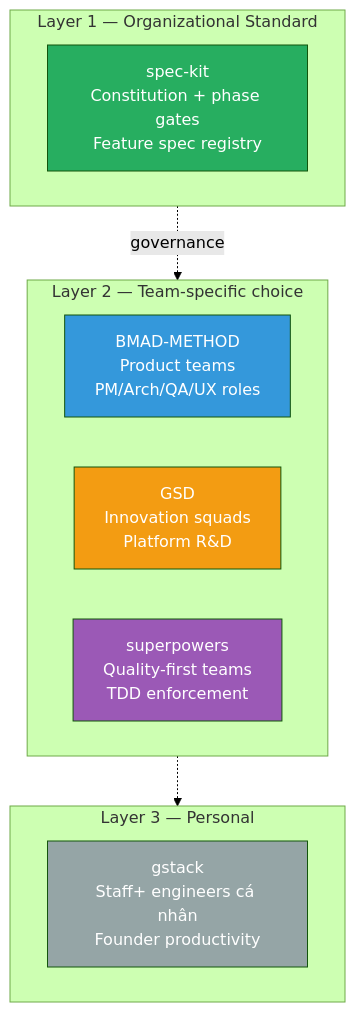
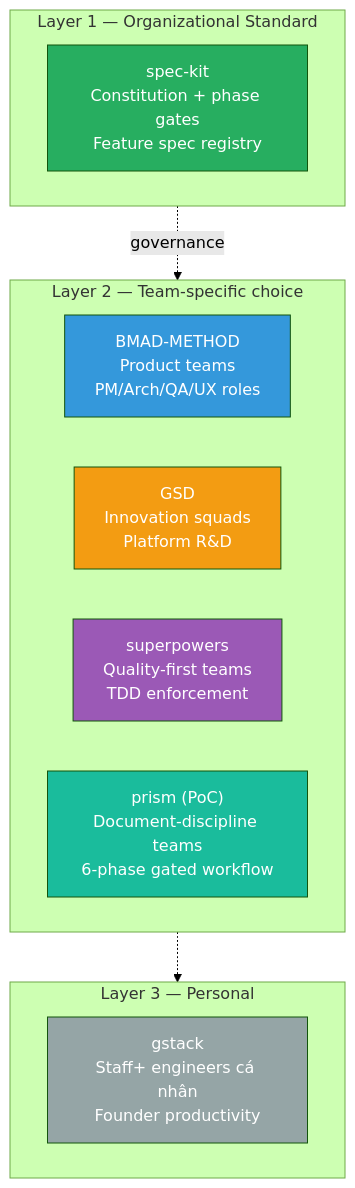
Before and after one commit to miendinh/vibecode-frame-compare: the tenth of 11 diagrams in README.md, drawn with Mermaid (forest theme). The commit also changed other lines of this file, not shown here.

````diff
--- a/README.md
+++ b/README.md
@@ -704,21 +785,23 @@
 ```mermaid
 flowchart TB
     subgraph L1 ["Layer 1 — Organizational Standard"]
         A["spec-kit<br/>Constitution + phase gates<br/>Feature spec registry"]
     end
     subgraph L2 ["Layer 2 — Team-specific choice"]
         B["BMAD-METHOD<br/>Product teams<br/>PM/Arch/QA/UX roles"]
         C["GSD<br/>Innovation squads<br/>Platform R&D"]
         D["superpowers<br/>Quality-first teams<br/>TDD enforcement"]
+        P["prism (PoC)<br/>Document-discipline teams<br/>6-phase gated workflow"]
     end
     subgraph L3 ["Layer 3 — Personal"]
         E["gstack<br/>Staff+ engineers cá nhân<br/>Founder productivity"]
     end
     L1 -.governance.-> L2
     L2 -.-> L3
     style A fill:#27ae60,color:#fff
     style B fill:#3498db,color:#fff
     style C fill:#f39c12,color:#fff
     style D fill:#9b59b6,color:#fff
+    style P fill:#1abc9c,color:#fff
     style E fill:#95a5a6,color:#fff
 ```
````
